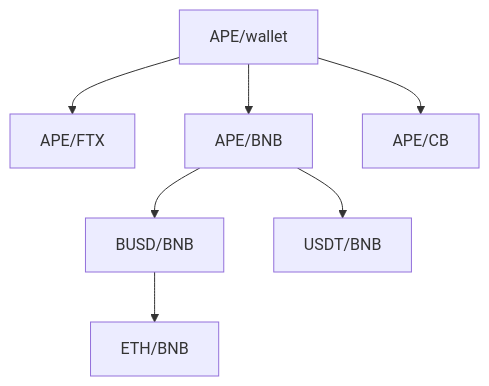
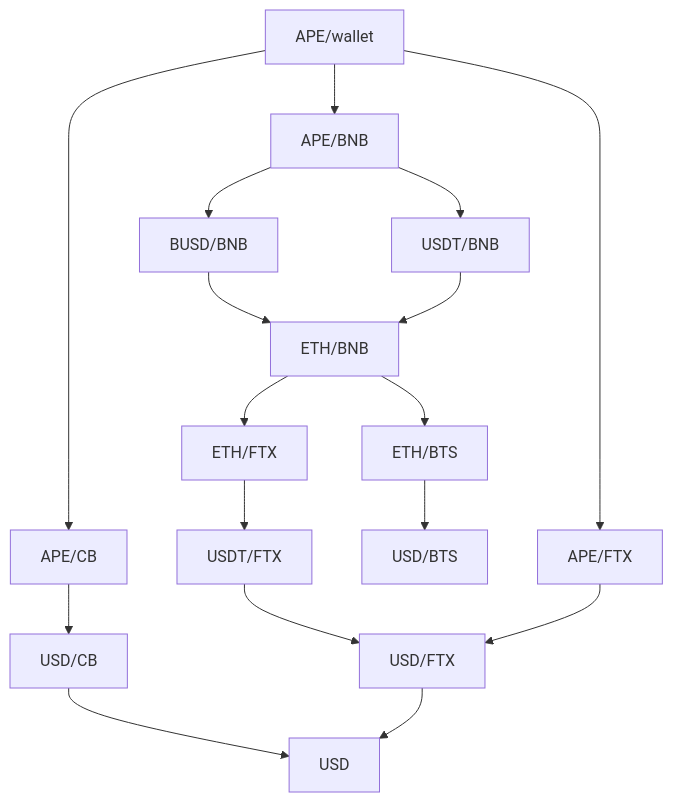
One commit to Ramzgate/sense changed the second of 2 diagrams in README.md. Above: the diagram before and after it, drawn with Mermaid.

````diff
--- a/README.md
+++ b/README.md
@@ -28,9 +28,19 @@
 ```mermaid
 graph TD
   G["APE/wallet"] --> H["APE/FTX"]
   G --> E["APE/BNB"]
   G --> K["APE/CB"]
   E --> F["BUSD/BNB"]
   E --> J["USDT/BNB"]
   F --> A["ETH/BNB"]
+  J --> A
+  A --> B["ETH/BTS"]
+  A --> L["ETH/FTX"]
+  B --> C["USD/BTS"]
+  L --> M["USDT/FTX"] 
+  M --> I["USD/FTX"]
+  H --> I
+  K --> N["USD/CB"]
+  N --> D["USD"]
+  I --> D
 ```
````
